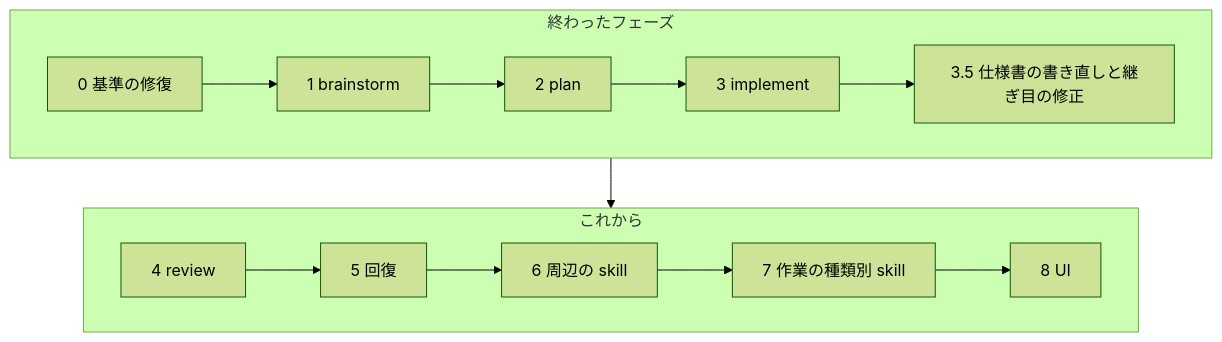
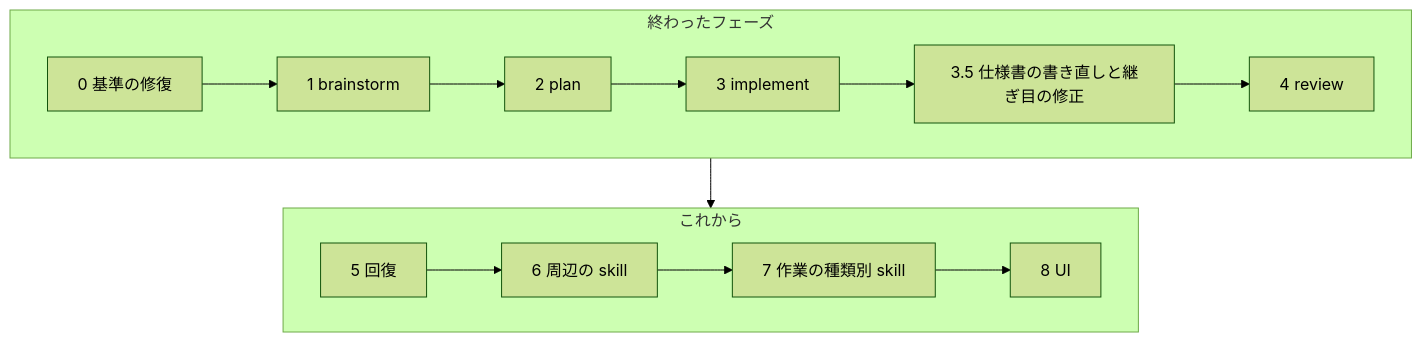
Before and after one commit to ba0918/agentic-workflow: the diagram in ROADMAP.md, drawn with Mermaid (forest theme). The commit also changed other lines of this file, not shown here.

First line of the commit message:
docs: ROADMAP を Phase 4(review)完了へ更新

````diff
--- a/ROADMAP.md
+++ b/ROADMAP.md
@@ -19,12 +19,12 @@
 ```mermaid
 flowchart TD
     subgraph done [終わったフェーズ]
         direction LR
-        P0[0 基準の修復] --> P1[1 brainstorm] --> P2[2 plan] --> P3[3 implement] --> P35[3.5 仕様書の書き直しと継ぎ目の修正]
+        P0[0 基準の修復] --> P1[1 brainstorm] --> P2[2 plan] --> P3[3 implement] --> P35[3.5 仕様書の書き直しと継ぎ目の修正] --> P4[4 review]
     end
     subgraph next [これから]
         direction LR
-        P4[4 review] --> P5[5 回復] --> P6[6 周辺の skill] --> P7[7 作業の種類別 skill] --> P8[8 UI]
+        P5[5 回復] --> P6[6 周辺の skill] --> P7[7 作業の種類別 skill] --> P8[8 UI]
     end
-    P35 --> P4
+    P4 --> P5
 ```
````
